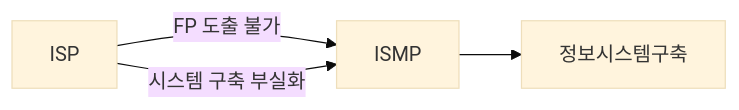
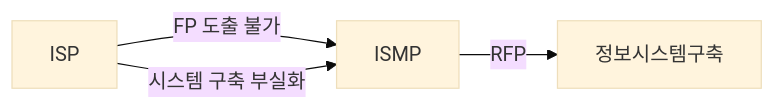
The first of 3 diagrams in blog/pe/mng/ismp.md (gracefullight/gracefullight.github.io), drawn with Mermaid (base theme) before and after one commit. The commit also changed other lines of this file, not shown here.

Commit message:
docs(pe): 📚️ ismp

````diff
--- a/blog/pe/mng/ismp.md
+++ b/blog/pe/mng/ismp.md
@@ -13,6 +13,6 @@
 ```mermaid
 graph LR
   ISP -->|FP 도출 불가| ISMP
   ISP -->|시스템 구축 부실화| ISMP
-  ISMP --> 정보시스템구축
+  ISMP -->|RFP| 정보시스템구축
 ```
````
